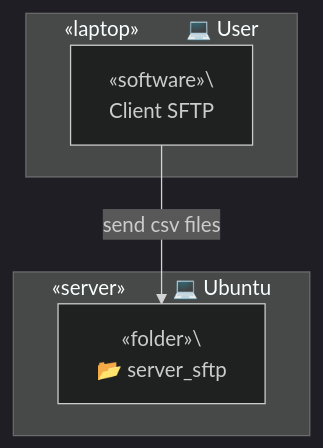
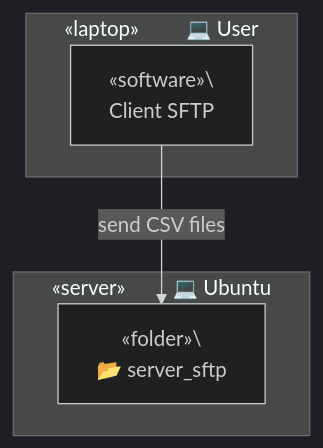
The second of 4 diagrams in server_sftp/README.md (TrulyDigital/DATA_STREET), drawn with Mermaid (dark theme) before and after one commit.

Commit message:
update: server_sftp README.md

````diff
--- a/server_sftp/README.md
+++ b/server_sftp/README.md
@@ -14,13 +14,13 @@
 ```mermaid
 graph TD
     
     subgraph Container_A [«laptop»&nbsp;&nbsp;&nbsp;&nbsp;&nbsp;&nbsp;&nbsp;&nbsp;&nbsp;💻 User]
         A1[«software»\<br> Client SFTP]
     end
 
     subgraph Container_B [«server»&nbsp;&nbsp;&nbsp;&nbsp;&nbsp;&nbsp;&nbsp;&nbsp;&nbsp;💻 Ubuntu]
         B1[«folder»\<br/> 📂 server_sftp]
     end
     
-    A1 -- send csv files --> B1
+    A1 -- send CSV files --> B1
 ```
````
